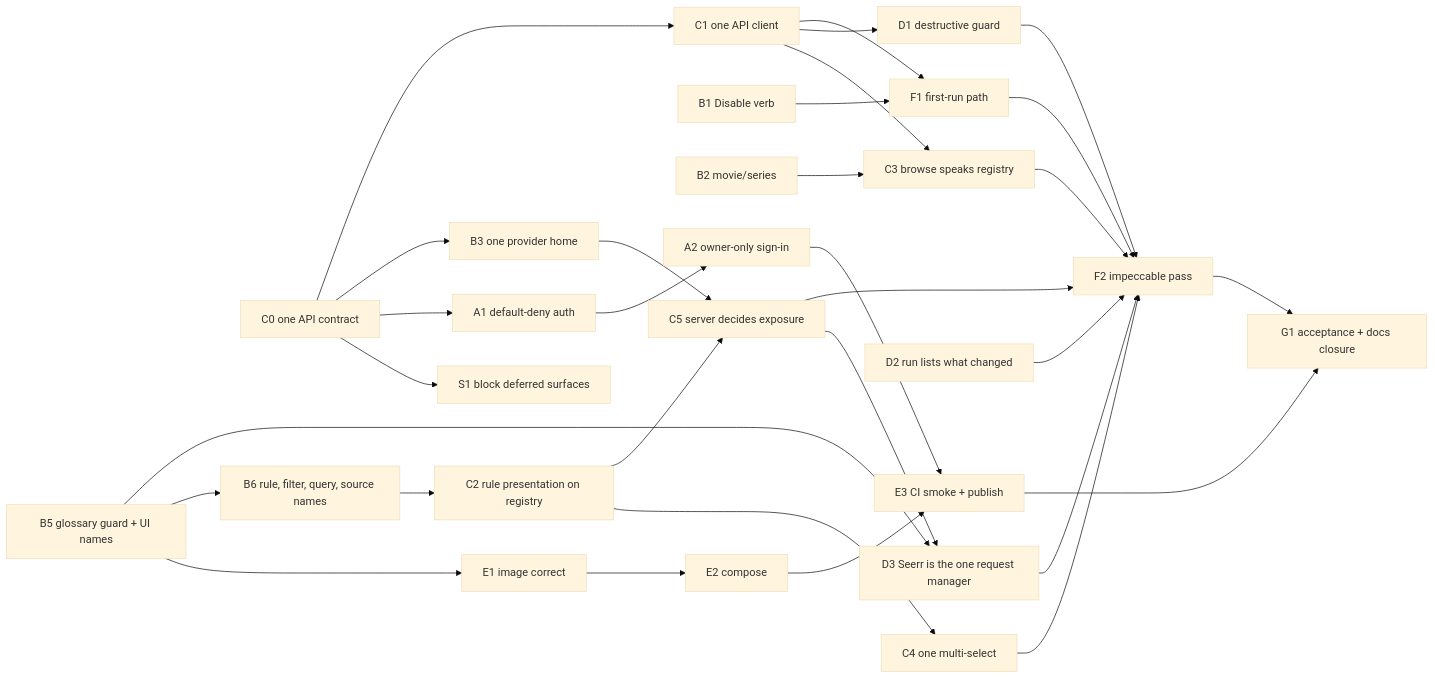
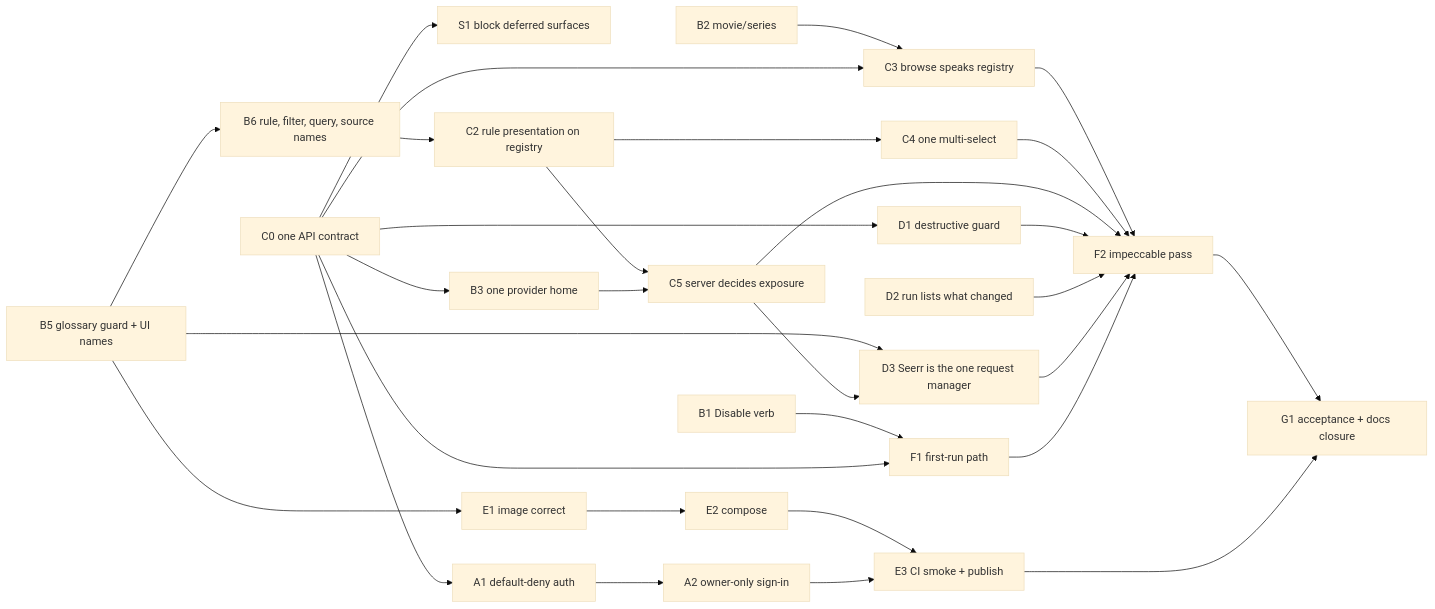
Before and after one commit to nokternol/warden: the diagram in docs/in_progress/mvp/plan.md, drawn with Mermaid (base theme). The commit also changed other lines of this file and 241 other files, not shown here.

First line of the commit message:
C0 · One API contract (#86)

````diff
--- a/docs/in_progress/mvp/plan.md
+++ b/docs/in_progress/mvp/plan.md
@@ -260,24 +260,23 @@
 ```mermaid
 flowchart LR
   C0[C0 one API contract] --> S1[S1 block deferred surfaces]
   C0 --> A1[A1 default-deny auth]
   C0 --> B3[B3 one provider home]
   A1 --> A2[A2 owner-only sign-in]
   B1[B1 Disable verb] --> F1[F1 first-run path]
   B2[B2 movie/series] --> C3[C3 browse speaks registry]
-  C0 --> C1[C1 one API client]
   B5[B5 glossary guard + UI names] --> E1
   B5 --> B6[B6 rule, filter, query, source names]
   B6 --> C2[C2 rule presentation on registry]
-  C1 --> C3
-  C1 --> D1[D1 destructive guard]
-  C1 --> F1
+  C0 --> C3
+  C0 --> D1[D1 destructive guard]
+  C0 --> F1
   C2 --> C4[C4 one multi-select]
   C2 & B3 --> C5[C5 server decides exposure]
   D2[D2 run lists what changed]
   B5 & C5 --> D3[D3 Seerr is the one request manager]
   E1[E1 image correct] --> E2[E2 compose] --> E3[E3 CI smoke + publish]
   A2 --> E3
   C3 & C4 & C5 & D1 & D2 & D3 & F1 --> F2[F2 impeccable pass]
   F2 & E3 --> G1[G1 acceptance + docs closure]
 ```
````
